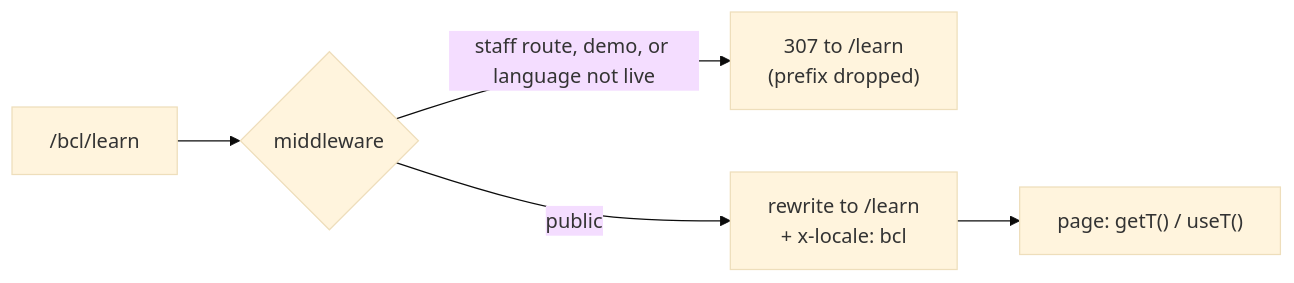
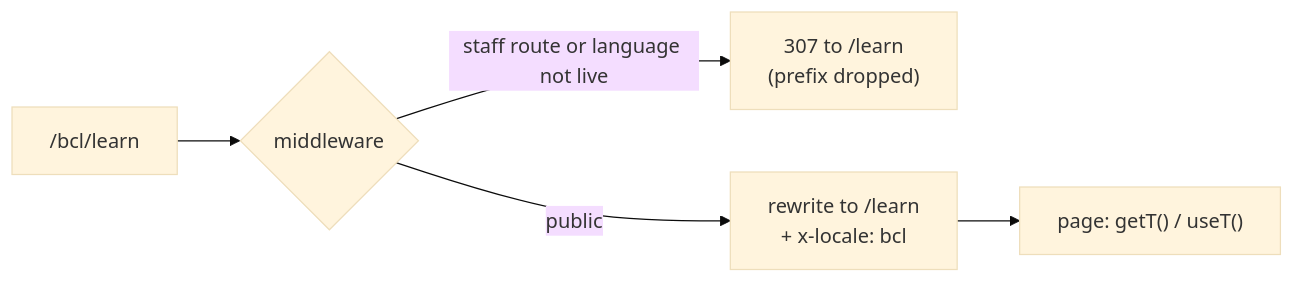
Before and after one commit to Stride-Technologies/peoples-budget-portal: the first of 3 diagrams in docs/architecture/frontend.md, drawn with Mermaid (base theme). The commit also changed other lines of this file and 3 other files, not shown here.

First line of the commit message:
docs: remove mentions of a demo mode this project does not have

````diff
--- a/docs/architecture/frontend.md
+++ b/docs/architecture/frontend.md
@@ -83,7 +83,7 @@
 ```mermaid
 flowchart LR
     R["/bcl/learn"] --> M{middleware}
-    M -->|staff route, demo, or language not live| X["307 to /learn<br/>(prefix dropped)"]
+    M -->|staff route or language not live| X["307 to /learn<br/>(prefix dropped)"]
     M -->|public| W["rewrite to /learn<br/>+ x-locale: bcl"]
     W --> P["page: getT() / useT()"]
 ```
````
